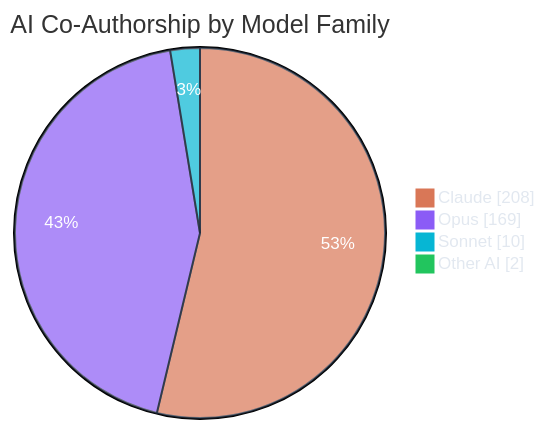
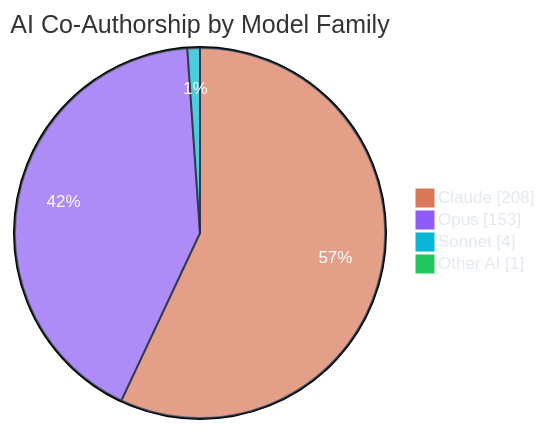
The third of 7 diagrams in README.md (polo-nyan/polo-nyan), drawn with Mermaid before and after one commit. The commit also changed other lines of this file and 1 other file, not shown here.

````diff
--- a/README.md
+++ b/README.md
@@ -232,9 +232,9 @@
 ```mermaid
 %%{init: {"theme": "base", "themeVariables": { "pie1": "#d97757", "pie2": "#8b5cf6", "pie3": "#06b6d4", "pie4": "#22c55e", "pie5": "#f59e0b", "pie6": "#ec4899", "pieTextColor": "#ffffff", "pieLegendTextColor": "#e2e8f0", "pieSectionTextColor": "#ffffff", "pieStrokeColor": "#1e293b" }}}%%
 pie showData
     title AI Co-Authorship by Model Family
     "Claude" : 208
-    "Opus" : 169
-    "Sonnet" : 10
-    "Other AI" : 2
+    "Opus" : 153
+    "Sonnet" : 4
+    "Other AI" : 1
 ```
````
